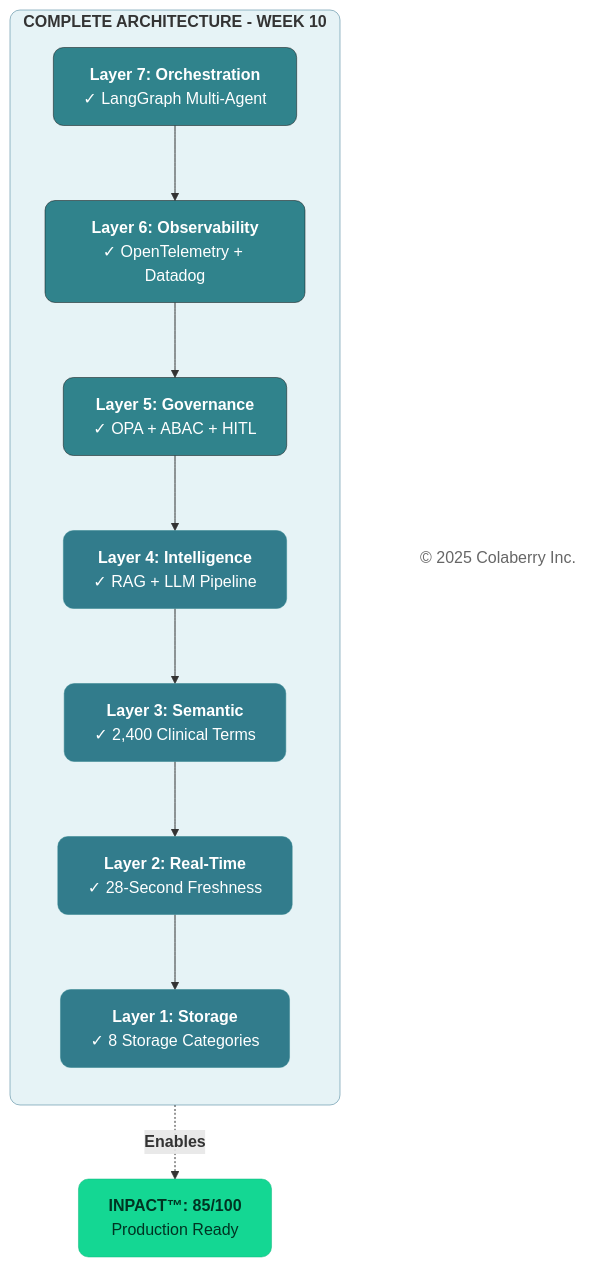
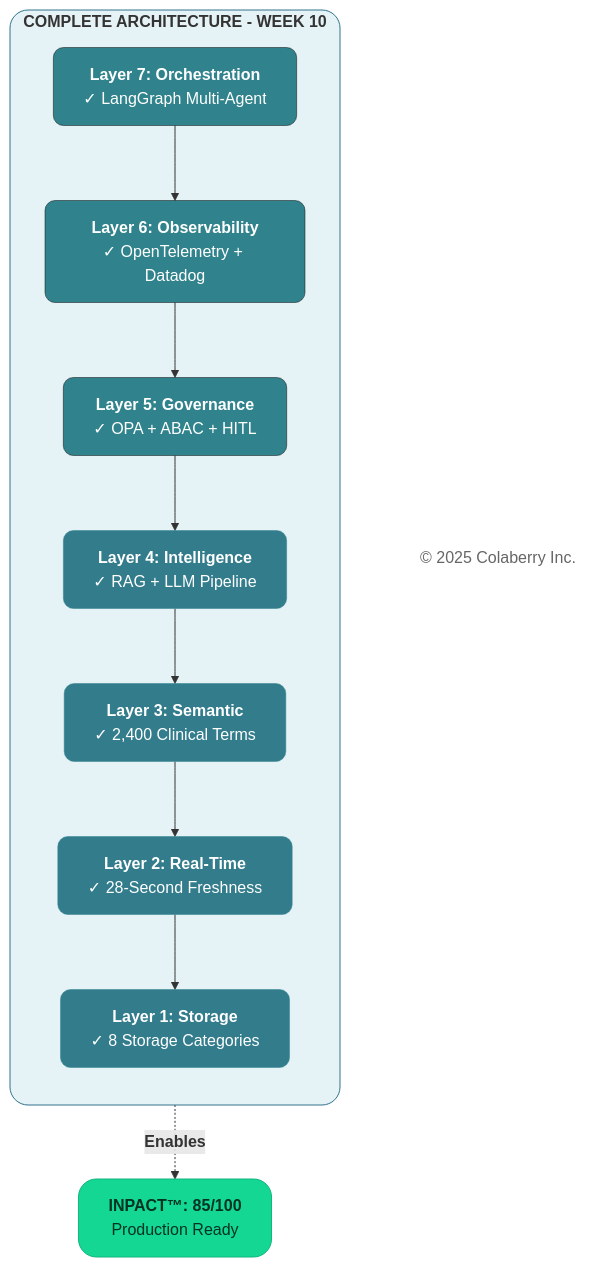
Diagram 13 of 14 in manuscript/07_chapter_6_transparency_orchestration_layers.md (saitejesh-cyber/trust-before-intelligence-book), drawn with Mermaid before and after one commit. The commit also changed other lines of this file and 12 other files, not shown here.

````diff
--- a/manuscript/07_chapter_6_transparency_orchestration_layers.md
+++ b/manuscript/07_chapter_6_transparency_orchestration_layers.md
@@ -1273,34 +1277,34 @@
 ```mermaid
 graph TB
     subgraph ARCH_SUB["<b>COMPLETE ARCHITECTURE - WEEK 10</b>"]
         direction TB
         
         L7["<b>Layer 7: Orchestration</b><br/>✓ LangGraph Multi-Agent"]
         L6["<b>Layer 6: Observability</b><br/>✓ OpenTelemetry + Datadog"]
         L5["<b>Layer 5: Governance</b><br/>✓ OPA + ABAC + HITL"]
         L4["<b>Layer 4: Intelligence</b><br/>✓ RAG + LLM Pipeline"]
         L3["<b>Layer 3: Semantic</b><br/>✓ 2,400 Clinical Terms"]
         L2["<b>Layer 2: Real-Time</b><br/>✓ 28-Second Freshness"]
         L1["<b>Layer 1: Storage</b><br/>✓ 8 Storage Categories"]
     end
     
     INPACT["<b>INPACT™: 85/100</b><br/>Production Ready"]
     
     Copyright["© 2025 Colaberry Inc."]
     
     %% --- FLOW ---
     L7 --> L6 --> L5 --> L4 --> L3 --> L2 --> L1
     L1 -.->|<b>Enables</b>| INPACT
     
     
-    style ARCH_SUB fill:#E6F3F6,stroke:#32738C,stroke-width:0.5px,rx:10,ry:10
+    style ARCH_SUB fill:#E6F3F6,stroke:#32738C,stroke-width:1px,rx:18,ry:18
     style L7 fill:#30838C,color:#ffffff,stroke:#0D0D0D,stroke-width:0.5px,rx:10,ry:10
     style L6 fill:#30838C,color:#ffffff,stroke:#0D0D0D,stroke-width:0.5px,rx:10,ry:10
     style L5 fill:#30838C,color:#ffffff,stroke:#0D0D0D,stroke-width:0.5px,rx:10,ry:10
     style L4 fill:#327C8C,stroke:#30838C,stroke-width:0.5px,color:#ffffff,rx:10,ry:10
     style L3 fill:#327C8C,stroke:#30838C,stroke-width:0.5px,color:#ffffff,rx:10,ry:10
     style L2 fill:#327C8C,stroke:#30838C,stroke-width:0.5px,color:#ffffff,rx:10,ry:10
     style L1 fill:#327C8C,stroke:#30838C,stroke-width:0.5px,color:#ffffff,rx:10,ry:10
-    style INPACT fill:#14D793,color:#003322,stroke:#0FB67D,stroke-width:0.5px,rx:10,ry:10
+    style INPACT fill:#14D793,color:#003322,stroke:#0FB67D,stroke-width:1px,rx:18,ry:18
     style Copyright fill:none,stroke:none,color:#666666
 ```
````
